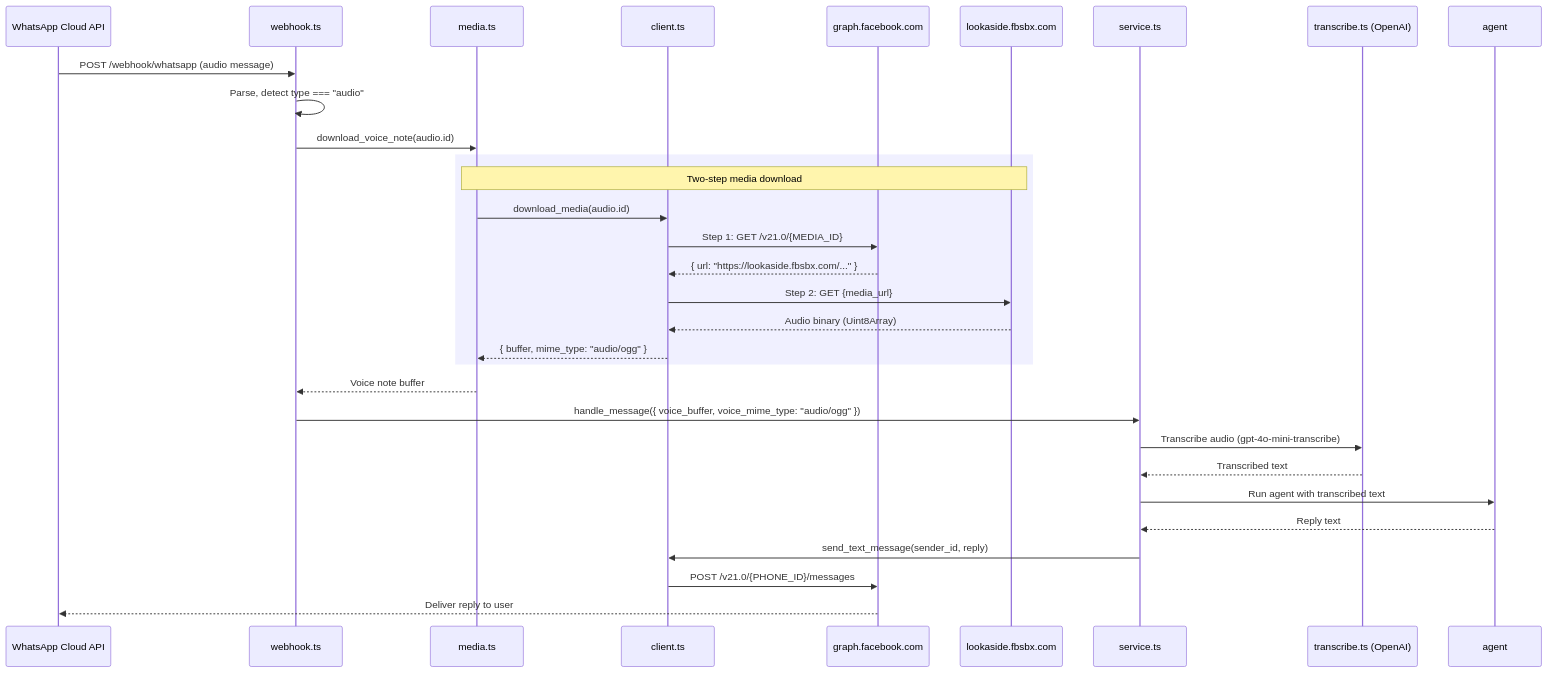
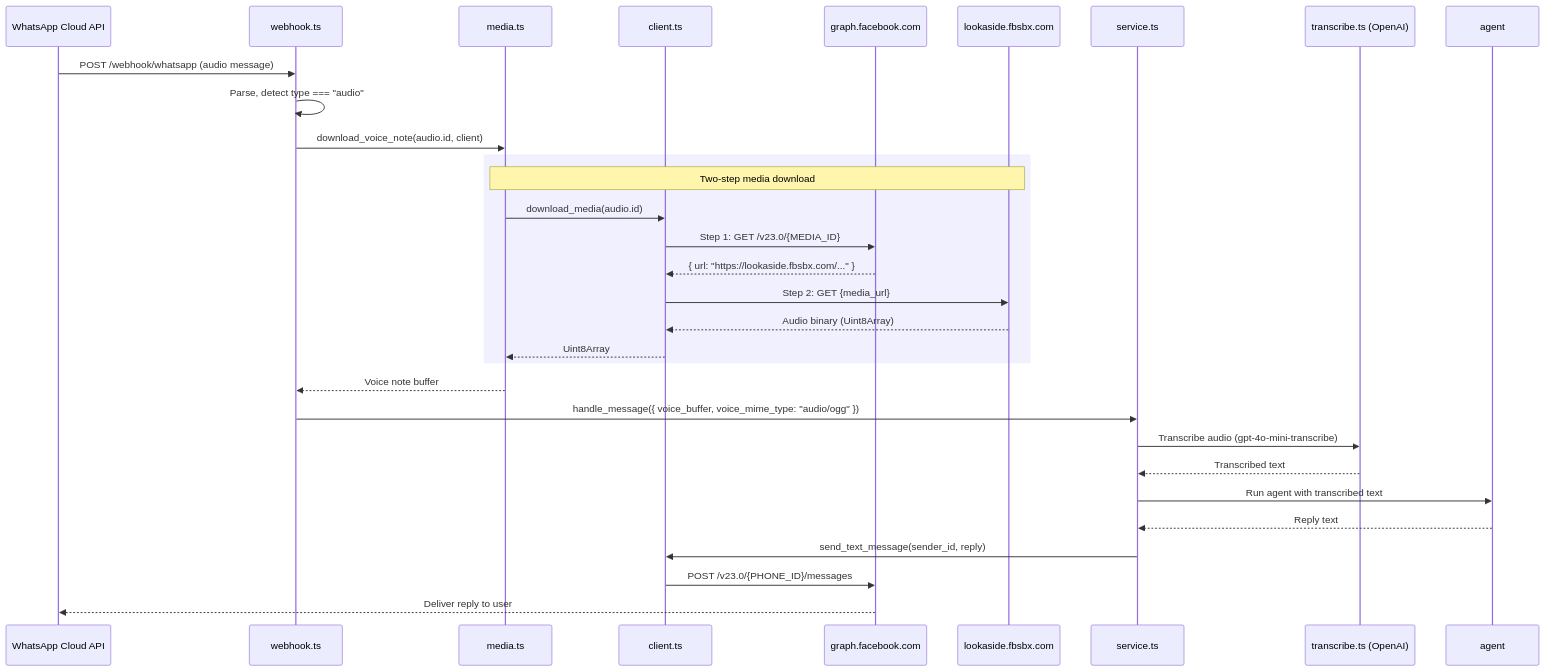
The third of 3 diagrams in architecture/20260308_whatsapp_cloud_api_recap.md (ccarcaci/rsvr), drawn with Mermaid before and after one commit. The commit also changed other lines of this file and 1 other file, not shown here.

````diff
--- a/architecture/20260308_whatsapp_cloud_api_recap.md
+++ b/architecture/20260308_whatsapp_cloud_api_recap.md
@@ -434,36 +460,36 @@
 ```mermaid
 sequenceDiagram
     participant WA as WhatsApp Cloud API
     participant WH as webhook.ts
     participant MEDIA as media.ts
     participant CLI as client.ts
     participant GRAPH as graph.facebook.com
     participant LOOK as lookaside.fbsbx.com
     participant SVC as service.ts
     participant STT as transcribe.ts (OpenAI)
     participant AGT as agent
 
     WA->>WH: POST /webhook/whatsapp (audio message)
     WH->>WH: Parse, detect type === "audio"
-    WH->>MEDIA: download_voice_note(audio.id)
+    WH->>MEDIA: download_voice_note(audio.id, client)
 
     rect rgb(240, 240, 255)
         Note over MEDIA, LOOK: Two-step media download
         MEDIA->>CLI: download_media(audio.id)
-        CLI->>GRAPH: Step 1: GET /v21.0/{MEDIA_ID}
+        CLI->>GRAPH: Step 1: GET /v23.0/{MEDIA_ID}
         GRAPH-->>CLI: { url: "https://lookaside.fbsbx.com/..." }
         CLI->>LOOK: Step 2: GET {media_url}
         LOOK-->>CLI: Audio binary (Uint8Array)
-        CLI-->>MEDIA: { buffer, mime_type: "audio/ogg" }
+        CLI-->>MEDIA: Uint8Array
     end
 
     MEDIA-->>WH: Voice note buffer
     WH->>SVC: handle_message({ voice_buffer, voice_mime_type: "audio/ogg" })
     SVC->>STT: Transcribe audio (gpt-4o-mini-transcribe)
     STT-->>SVC: Transcribed text
     SVC->>AGT: Run agent with transcribed text
     AGT-->>SVC: Reply text
     SVC->>CLI: send_text_message(sender_id, reply)
-    CLI->>GRAPH: POST /v21.0/{PHONE_ID}/messages
+    CLI->>GRAPH: POST /v23.0/{PHONE_ID}/messages
     GRAPH-->>WA: Deliver reply to user
 ```
````
